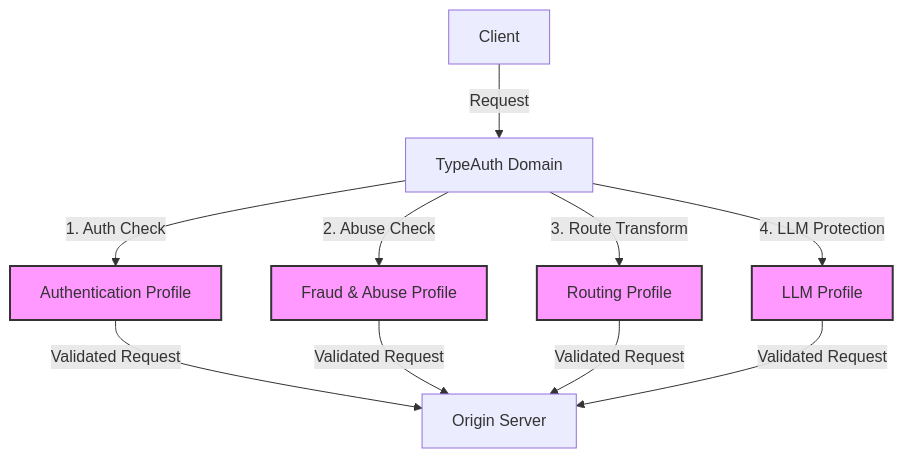
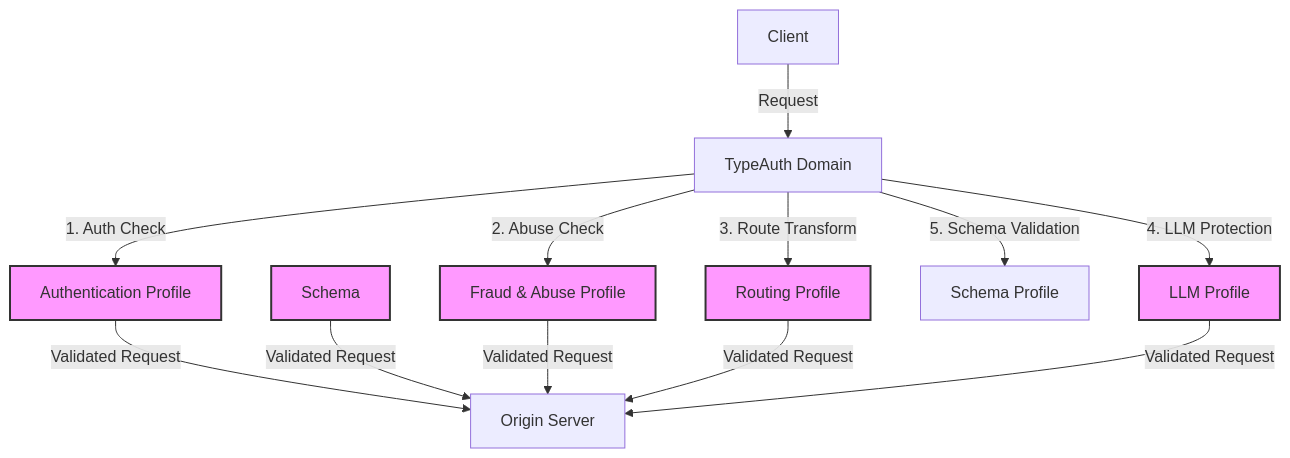
Before and after one commit to mon1torGuy/mintlify-docs: the diagram in application.mdx, drawn with Mermaid. The commit also changed other lines of this file, not shown here.

````diff
--- a/application.mdx
+++ b/application.mdx
@@ -95,12 +100,14 @@
 ```mermaid
 graph TB
     Client[Client] -->|Request| Domain[TypeAuth Domain]
     Domain -->|1. Auth Check| Auth[Authentication Profile]
     Domain -->|2. Abuse Check| Fraud[Fraud & Abuse Profile]
     Domain -->|3. Route Transform| Route[Routing Profile]
     Domain -->|4. LLM Protection| LLM[LLM Profile]
-    Auth & Fraud & Route & LLM -->|Validated Request| Origin[Origin Server]
-    
+    Domain -->|5. Schema Validation| Shema[Schema Profile]
+
+    Auth & Schema & Fraud & Route & LLM -->|Validated Request| Origin[Origin Server]
+
     classDef profile fill:#f9f,stroke:#333,stroke-width:2px
-    class Auth,Fraud,Route,LLM profile
+    class Auth,Schema,Fraud,Route,LLM profile
 ```
````
